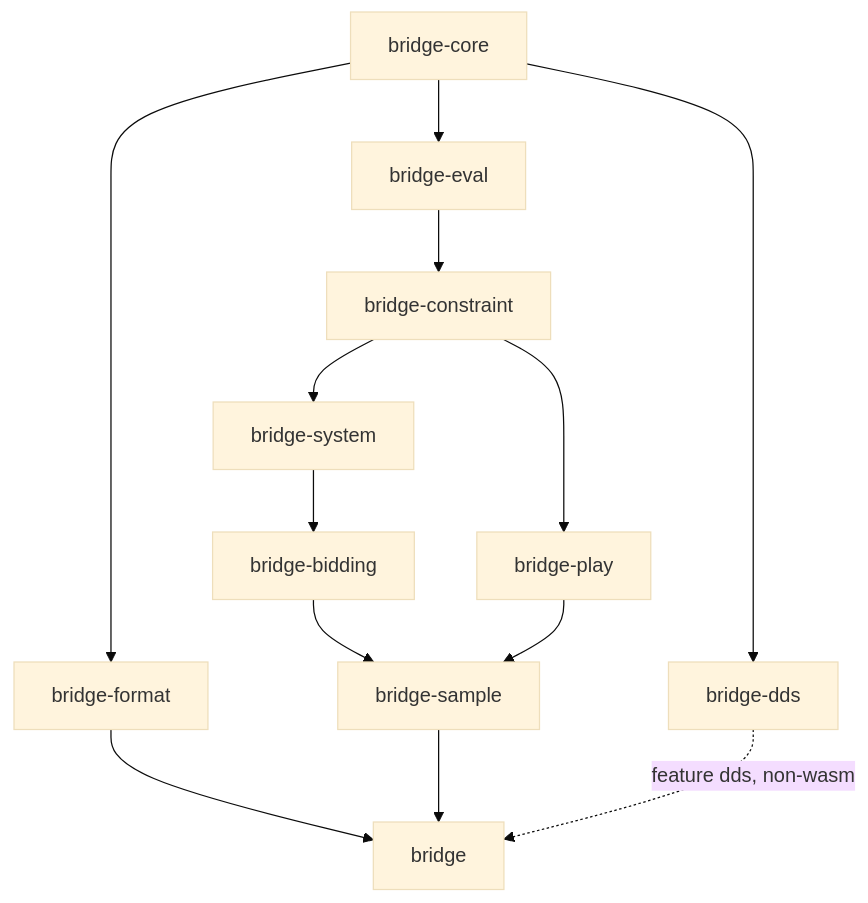
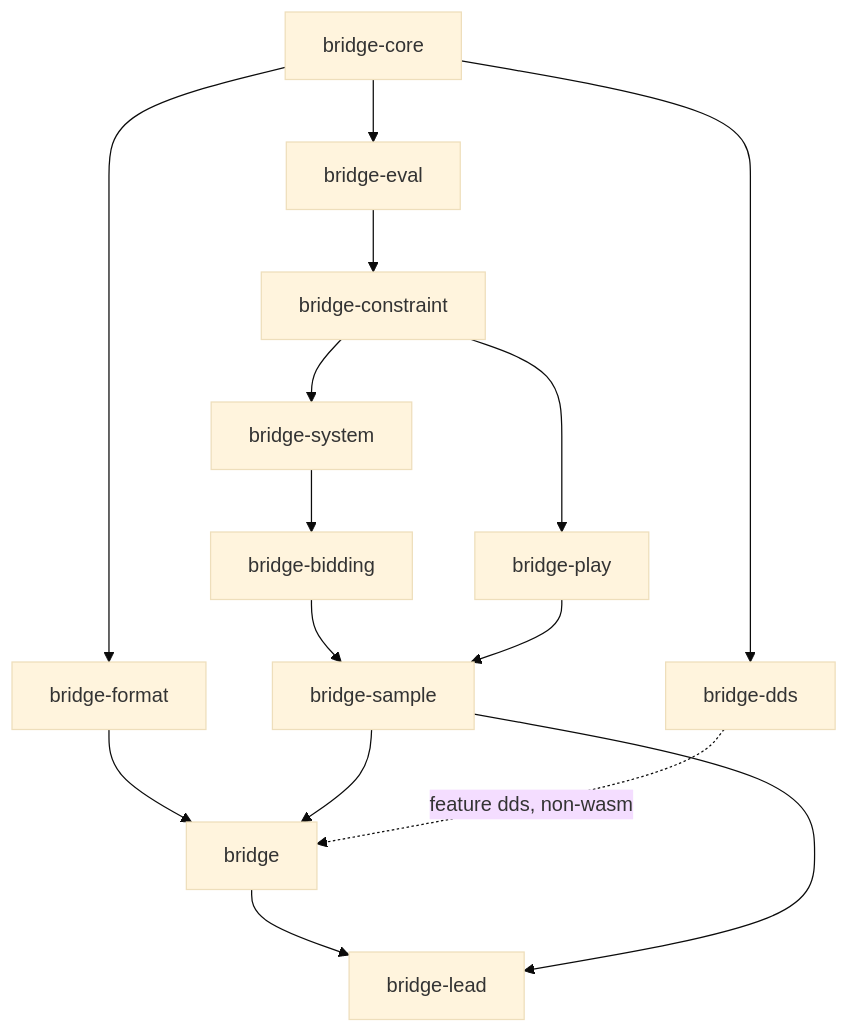
One commit to HIRO15254/bridge_engine changed the diagram in docs/design/README.md. Above: the diagram before and after it, drawn with Mermaid (base theme). The commit also changed other lines of this file and 1 other file, not shown here.

Commit message:
docs: list bridge-lead in the workspace layout, crate table, features and dependency graph

````diff
--- a/docs/design/README.md
+++ b/docs/design/README.md
@@ -57,26 +57,29 @@
 ```mermaid
 flowchart TD
   core[bridge-core]
   format[bridge-format]
   eval[bridge-eval]
   constraint[bridge-constraint]
   system[bridge-system]
   bidding[bridge-bidding]
   play[bridge-play]
   sample[bridge-sample]
   dds[bridge-dds]
   facade[bridge]
+  lead[bridge-lead]
 
   core --> format
   core --> eval
   core --> dds
   eval --> constraint
   constraint --> system
   constraint --> play
   system --> bidding
   bidding --> sample
   play --> sample
   format --> facade
   sample --> facade
   dds -. "feature dds, non-wasm" .-> facade
+  facade --> lead
+  sample --> lead
 ```
````
